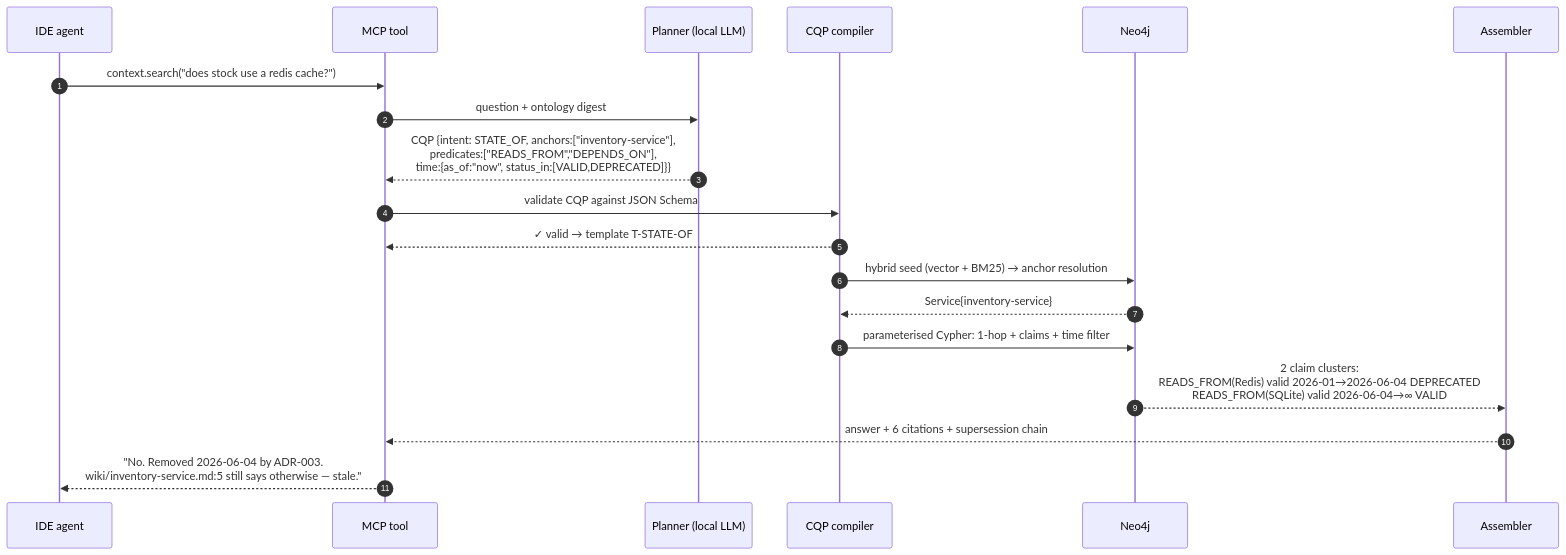
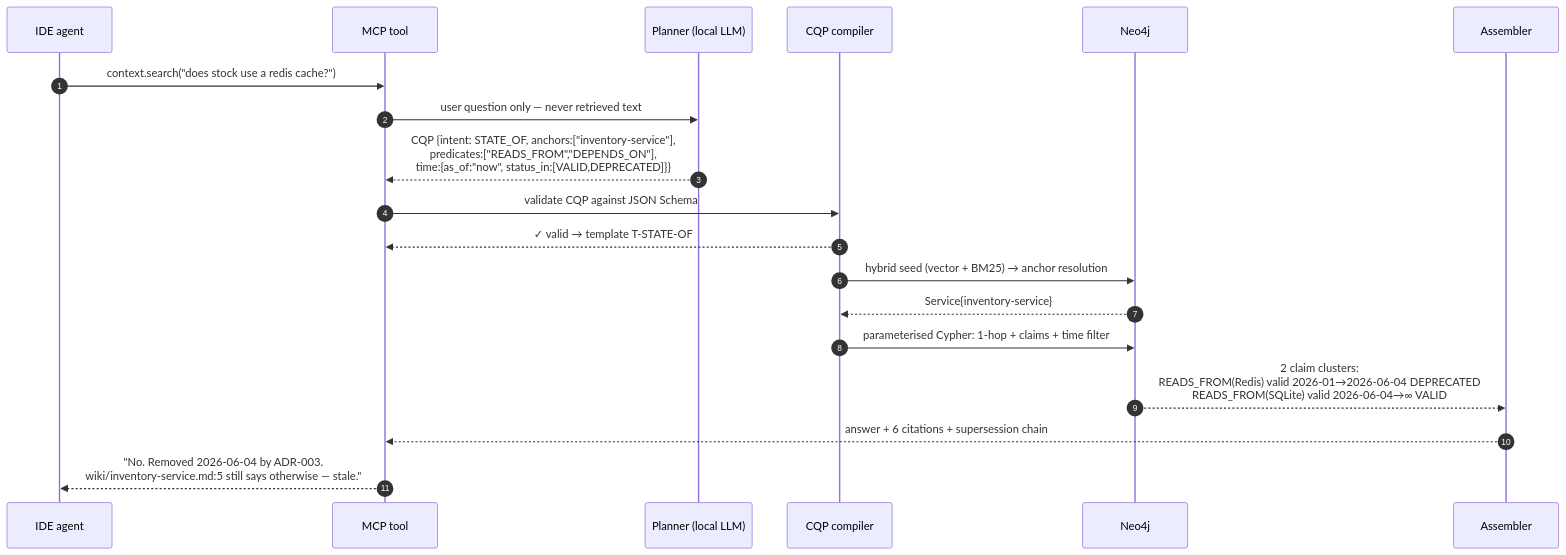
The third of 3 diagrams in docs/02-architecture.md (Olek-on4/winning-context-app), drawn with Mermaid before and after one commit. The commit also changed other lines of this file and 14 other files, not shown here.

````diff
--- a/docs/02-architecture.md
+++ b/docs/02-architecture.md
@@ -151,22 +154,22 @@
 ```mermaid
 sequenceDiagram
     autonumber
     participant U as IDE agent
     participant M as MCP tool
     participant P as Planner (local LLM)
     participant C as CQP compiler
     participant N as Neo4j
     participant A as Assembler
 
     U->>M: context.search("does stock use a redis cache?")
-    M->>P: question + ontology digest
+    M->>P: user question only — never retrieved text
     P-->>M: CQP {intent: STATE_OF, anchors:["inventory-service"],<br/>predicates:["READS_FROM","DEPENDS_ON"],<br/>time:{as_of:"now", status_in:[VALID,DEPRECATED]}}
     M->>C: validate CQP against JSON Schema
     C-->>M: ✓ valid → template T-STATE-OF
     C->>N: hybrid seed (vector + BM25) → anchor resolution
     N-->>C: Service{inventory-service}
     C->>N: parameterised Cypher: 1-hop + claims + time filter
     N-->>A: 2 claim clusters:<br/>READS_FROM(Redis) valid 2026-01→2026-06-04 DEPRECATED<br/>READS_FROM(SQLite) valid 2026-06-04→∞ VALID
     A-->>M: answer + 6 citations + supersession chain
     M-->>U: "No. Removed 2026-06-04 by ADR-003.<br/>wiki/inventory-service.md:5 still says otherwise — stale."
 ```
````
